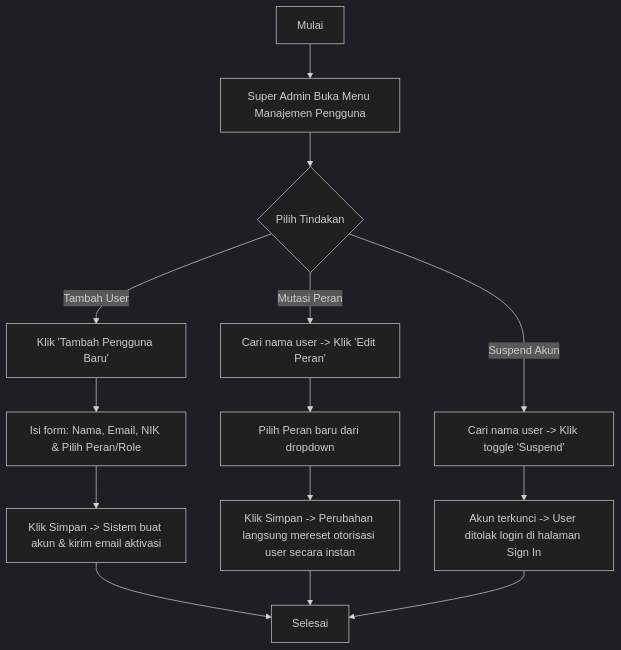
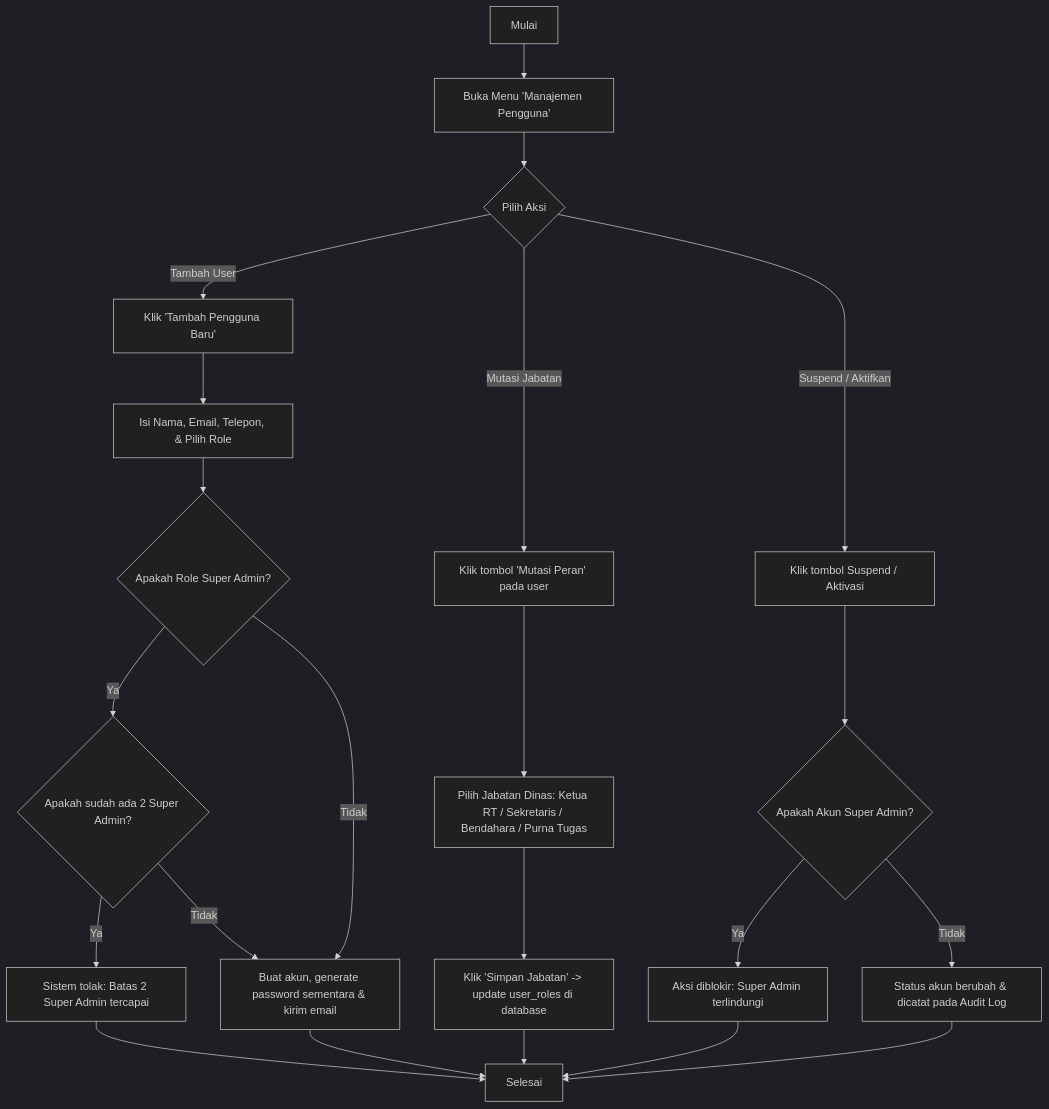
The third of 5 diagrams in docs/roles/super_admin.md (Araihan413/wargaku), drawn with Mermaid (dark theme) before and after one commit. The commit also changed other lines of this file and 24 other files, not shown here.

````diff
--- a/docs/roles/super_admin.md
+++ b/docs/roles/super_admin.md
@@ -106,23 +149,31 @@
 ```mermaid
 flowchart TD
-    A[Mulai] --> B[Super Admin Buka Menu Manajemen Pengguna]
-    B --> C{Pilih Tindakan}
+    A[Mulai] --> B[Buka Menu 'Manajemen Pengguna']
+    B --> C{Pilih Aksi}
     
-    %% Opsi 1: Tambah User
+    %% Tambah Pengguna
     C -->|Tambah User| D[Klik 'Tambah Pengguna Baru']
-    D --> E[Isi form: Nama, Email, NIK & Pilih Peran/Role]
-    E --> F[Klik Simpan -> Sistem buat akun & kirim email aktivasi]
+    D --> E[Isi Nama, Email, Telepon, & Pilih Role]
+    E --> F{Apakah Role Super Admin?}
+    F -->|Ya| G{Apakah sudah ada 2 Super Admin?}
+    G -->|Ya| H[Sistem tolak: Batas 2 Super Admin tercapai]
+    G -->|Tidak| I[Buat akun, generate password sementara & kirim email]
+    F -->|Tidak| I
     
-    %% Opsi 2: Mutasi Peran
-    C -->|Mutasi Peran| G[Cari nama user -> Klik 'Edit Peran']
-    G --> H[Pilih Peran baru dari dropdown]
-    H --> I[Klik Simpan -> Perubahan langsung mereset otorisasi user secara instan]
+    %% Mutasi Jabatan
+    C -->|Mutasi Jabatan| J[Klik tombol 'Mutasi Peran' pada user]
+    J --> K[Pilih Jabatan Dinas: Ketua RT / Sekretaris / Bendahara / Purna Tugas]
+    K --> L[Klik 'Simpan Jabatan' -> update user_roles di database]
     
-    %% Opsi 3: Suspend Akun
-    C -->|Suspend Akun| J[Cari nama user -> Klik toggle 'Suspend']
-    J --> K[Akun terkunci -> User ditolak login di halaman Sign In]
+    %% Suspend / Aktivasi
+    C -->|Suspend / Aktifkan| M[Klik tombol Suspend / Aktivasi]
+    M --> N{Apakah Akun Super Admin?}
+    N -->|Ya| O[Aksi diblokir: Super Admin terlindungi]
+    N -->|Tidak| P[Status akun berubah & dicatat pada Audit Log]
     
-    F --> L[Selesai]
-    I --> L
-    K --> L
+    I --> Q[Selesai]
+    L --> Q
+    P --> Q
+    H --> Q
+    O --> Q
 ```
````
